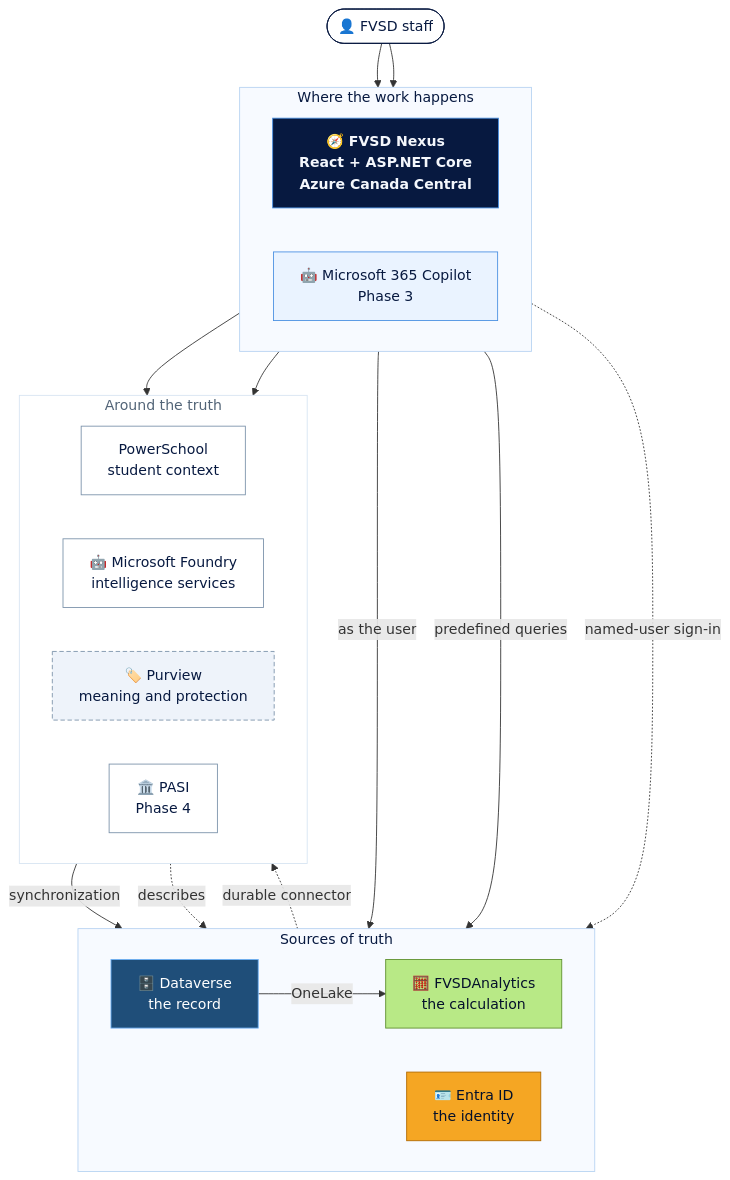
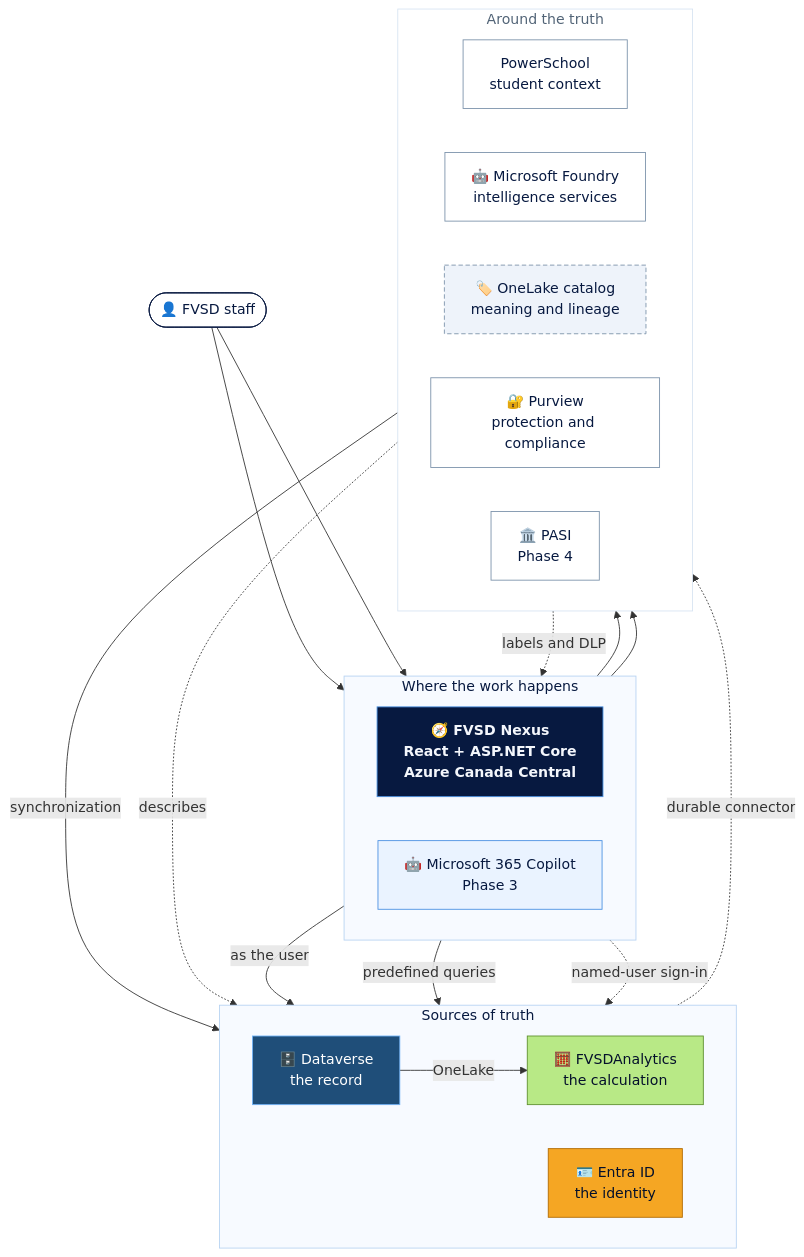
Before and after one commit to skmckenFVSD/FVSD-Nexus: the first of 2 diagrams in docs/README.md, drawn with Mermaid. The commit also changed other lines of this file and 23 other files, not shown here.

First line of the commit message:
Re-anchor governance on the OneLake catalog; Purview becomes protection only

````diff
--- a/docs/README.md
+++ b/docs/README.md
@@ -51,57 +51,59 @@
 ```mermaid
 flowchart TB
     U(["👤 FVSD staff"])
 
     subgraph EXP ["Where the work happens"]
         direction LR
         NX["🧭 FVSD Nexus<br>React + ASP.NET Core<br>Azure Canada Central"]
         M365["🤖 Microsoft 365 Copilot<br>Phase 3"]
     end
 
     subgraph TRUTH ["Sources of truth"]
         direction LR
         DV["🗄️ Dataverse<br>the record"]
         SM["🧮 FVSDAnalytics<br>the calculation"]
         ID["🪪 Entra ID<br>the identity"]
     end
 
     subgraph AROUND ["Around the truth"]
         direction LR
         PS["PowerSchool<br>student context"]
         FND["🤖 Microsoft Foundry<br>intelligence services"]
-        PV["🏷️ Purview<br>meaning and protection"]
+        PV["🏷️ OneLake catalog<br>meaning and lineage"]
+        PUR["🔐 Purview<br>protection and compliance"]
         PASI["🏛️ PASI<br>Phase 4"]
     end
 
     U --> NX
     U --> M365
     NX -->|as the user| DV
     NX -->|predefined queries| SM
     NX -.->|named-user sign-in| ID
     DV -->|OneLake| SM
     NX --> FND
     M365 --> FND
     PS -->|synchronization| DV
     PV -.->|describes| SM
+    PUR -.->|labels and DLP| NX
     DV -.->|durable connector| PASI
 
     classDef nexus fill:#071940,stroke:#4A90E2,color:#F4F7FC,font-weight:bold
     classDef surface fill:#EAF3FF,stroke:#4A90E2,color:#071940
     classDef record fill:#1F4E79,stroke:#6FB1F5,color:#FFFFFF
     classDef calc fill:#B8E986,stroke:#5E8F2E,color:#04102B
     classDef identity fill:#F5A623,stroke:#B26A00,color:#04102B
     classDef catalog fill:#EEF3FA,stroke:#7B92AA,color:#071940,stroke-dasharray:5 3
     classDef external fill:#FFFFFF,stroke:#7B92AA,color:#071940
     classDef person fill:#FFFFFF,stroke:#071940,color:#071940
     class NX nexus
     class M365 surface
     class DV record
     class SM calc
     class ID identity
     class PV catalog
-    class PS,FND,PASI external
+    class PS,FND,PASI,PUR external
     class U person
     style EXP fill:#F7FAFF,stroke:#B7D3F2,color:#071940
     style TRUTH fill:#F7FAFF,stroke:#B7D3F2,color:#071940
     style AROUND fill:#FFFFFF,stroke:#D7E4F2,color:#526477
 ```
````
